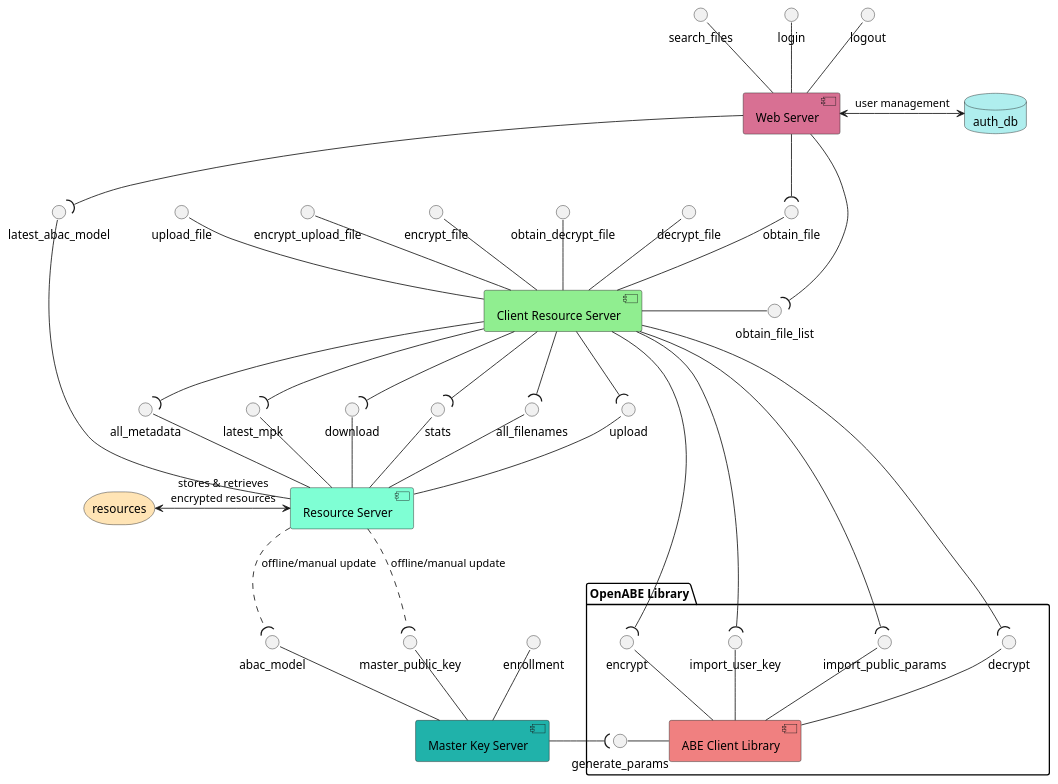
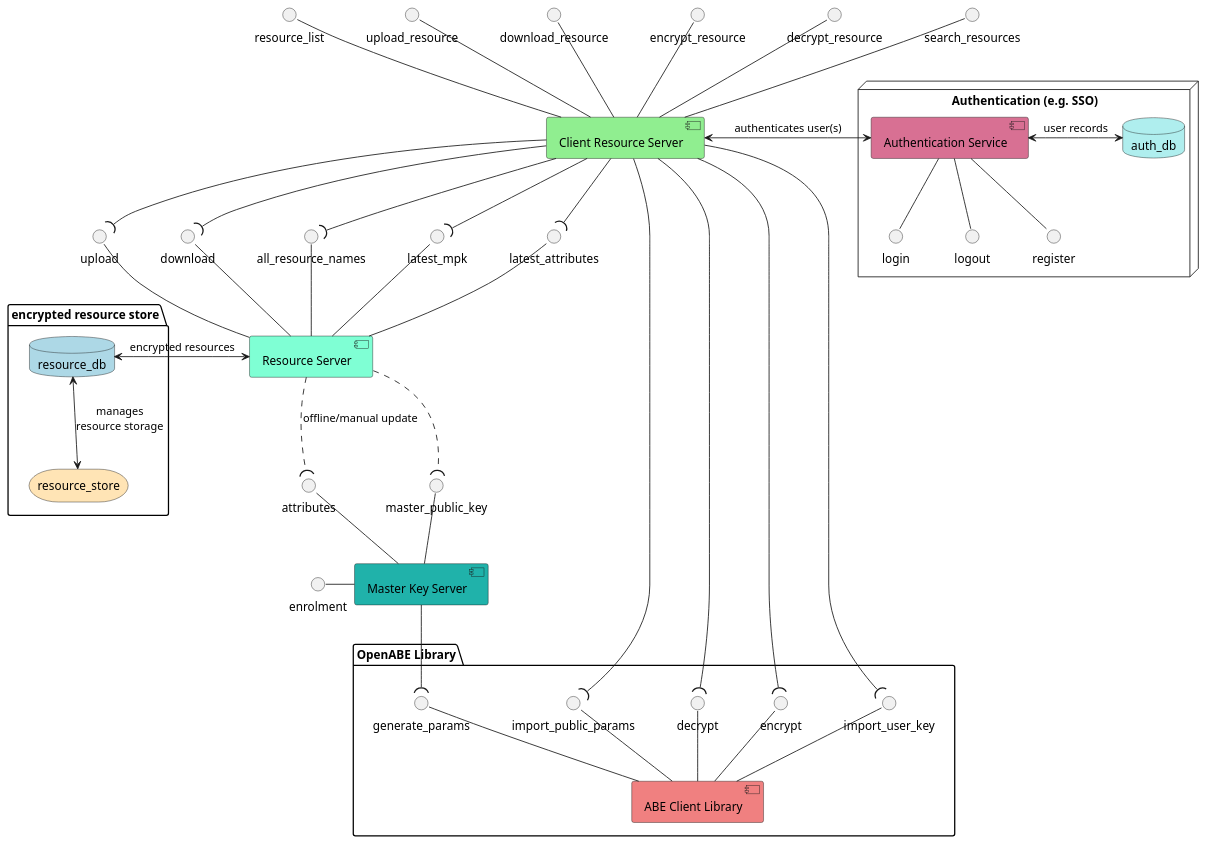
One commit to 2190594W/l4-project-research changed the diagram in diagrams/infrastructure/system_architecture.plantuml. Above: the diagram before and after it, drawn with PlantUML. The commit also changed 14 other files, not shown here.

Commit message:
Added deployment diagram. Updated system architecture diagram. Added new condensed/abbreviated sys arch diagram. Added eps & pdf formats.

```diff
--- a/diagrams/infrastructure/system_architecture.plantuml
+++ b/diagrams/infrastructure/system_architecture.plantuml
@@ -1,69 +1,68 @@
 @startuml
 'define deployment entities
-database auth_db #PaleTurquoise
-storage resources #Moccasin
+folder "encrypted resource store" {
+  storage resource_store #Moccasin
+  database resource_db #LightBlue
+}
 
-'define components
-component [Resource Server] as rs #Aquamarine
-component [Web Server] as ws #PaleVioletRed
-component [Master Key Server] as mks #LightSeaGreen
-component [Client Resource Server] as crs #LightGreen
+node "Authentication (e.g. SSO)" {
+  component [Authentication Service] as a_s #PaleVioletRed
+  database auth_db #PaleTurquoise
+  login -up- a_s
+  logout -up- a_s
+  register -up- a_s
+}
 
 package "OpenABE Library" {
   component [ABE Client Library] as abecl #LightCoral
+  generate_params -- abecl
   import_public_params -- abecl
   decrypt -- abecl
   encrypt -- abecl
   import_user_key -- abecl
-  generate_params -right- abecl
 }
 
+'define components
+component [Resource Server] as rs #Aquamarine
+component [Master Key Server] as mks #LightSeaGreen
+component [Client Resource Server] as crs #LightGreen
+
 'define links to deployment entities
-rs <-left-> resources: "stores & retrieves\nencrypted resources"
-ws <-right-> auth_db: "user management"
+resource_db <-right-> rs: "encrypted resources"
+resource_db <-down-> resource_store: "manages\nresource storage"
+a_s <-> auth_db: "user records"
+crs <-> a_s: "authenticates user(s)"
 
 'define interfaces for mks, rs & abecl
-abac_model -- mks
-enrollment -- mks
+attributes -- mks
+enrolment -right- mks
 master_public_key -- mks
 upload -- rs
 download -- rs
-stats -- rs
-all_filenames -- rs
-all_metadata -- rs
+all_resource_names -- rs
 latest_mpk -- rs
-latest_abac_model -- rs
+latest_attributes -- rs
 
 'define use of interfaces for crs, mks & rs
-mks -right-( generate_params
+mks -down-( generate_params
 crs -down-( upload
 crs -down-( download
-crs -down-( stats
-crs -down-( all_filenames
-crs -down-( all_metadata
+crs -down-( all_resource_names
 crs -down-( latest_mpk
+crs -down-( latest_attributes
 crs -down-( decrypt
 crs -down-( encrypt
 crs -down-( import_user_key
 crs -down-( import_public_params
-rs ..( abac_model: "offline/manual update"
-rs ..( master_public_key: "offline/manual update"
+rs .down.( attributes: "offline/manual update"
+rs .down.( master_public_key
 
 'define interfaces for crs & ws
-obtain_file_list -left- crs
-upload_file -- crs
-encrypt_upload_file -- crs
-encrypt_file -- crs
-obtain_file -- crs
-obtain_decrypt_file -- crs
-decrypt_file -- crs
-search_files -- ws
-login -- ws
-logout -- ws
-
-'define web server interface use
-ws -down-( obtain_file_list
-ws -down-( obtain_file
-ws -down-( latest_abac_model
+resource_list -- crs
+upload_resource -- crs
+download_resource -- crs
+encrypt_resource -- crs
+decrypt_resource -- crs
+search_resources -- crs
 
 @enduml
```
